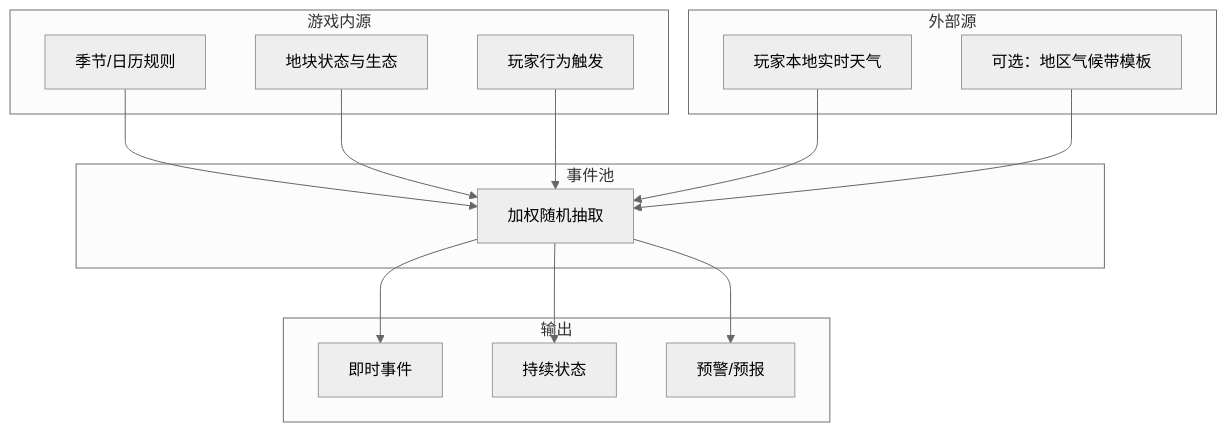
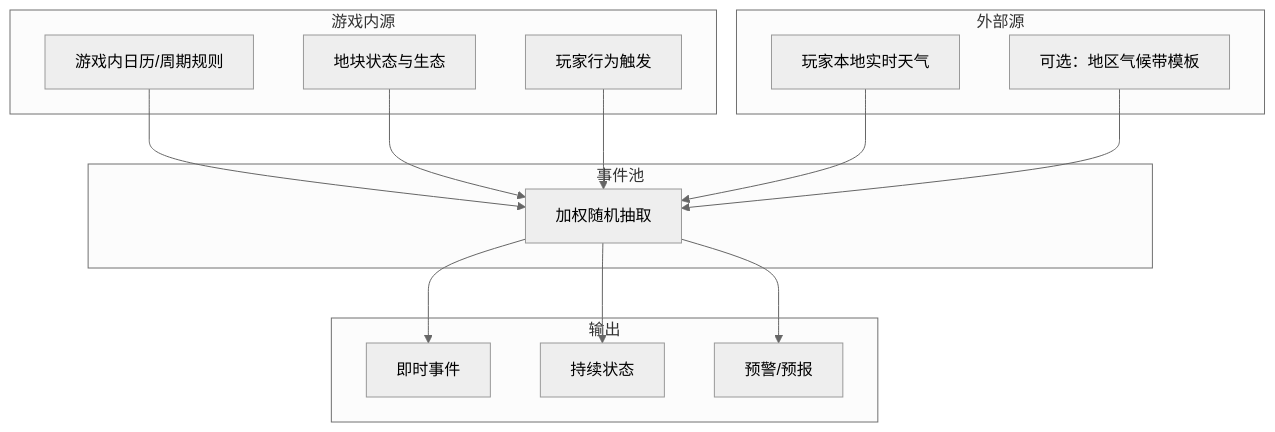
One commit to zhangfenglin/pan-entertainment-CD changed the first of 2 diagrams in docs/04-随机事件系统.md. Above: the diagram before and after it, drawn with Mermaid (neutral theme). The commit also changed other lines of this file and 12 other files, not shown here.

````diff
--- a/docs/04-随机事件系统.md
+++ b/docs/04-随机事件系统.md
@@ -24,28 +24,28 @@
 ```mermaid
 flowchart TB
     subgraph 游戏内源
-        A1[季节/日历规则]
+        A1[游戏内日历/周期规则]
         A2[地块状态与生态]
         A3[玩家行为触发]
     end
     subgraph 外部源
         B1[玩家本地实时天气]
         B2[可选：地区气候带模板]
     end
     subgraph 事件池
         C[加权随机抽取]
     end
     subgraph 输出
         D[即时事件]
         E[持续状态]
         F[预警/预报]
     end
     A1 --> C
     A2 --> C
     A3 --> C
     B1 --> C
     B2 --> C
     C --> D
     C --> E
     C --> F
 ```
````
